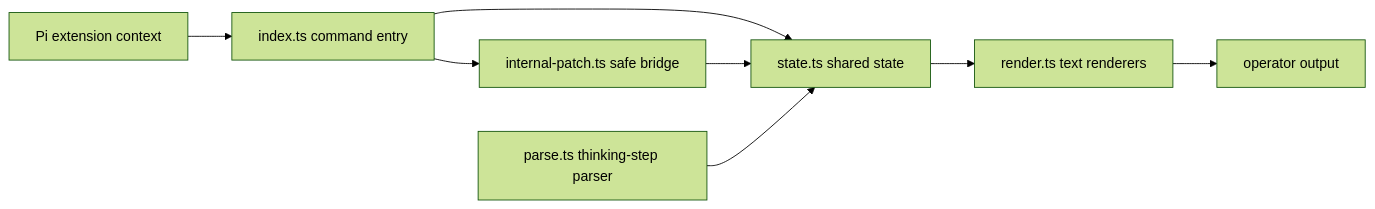
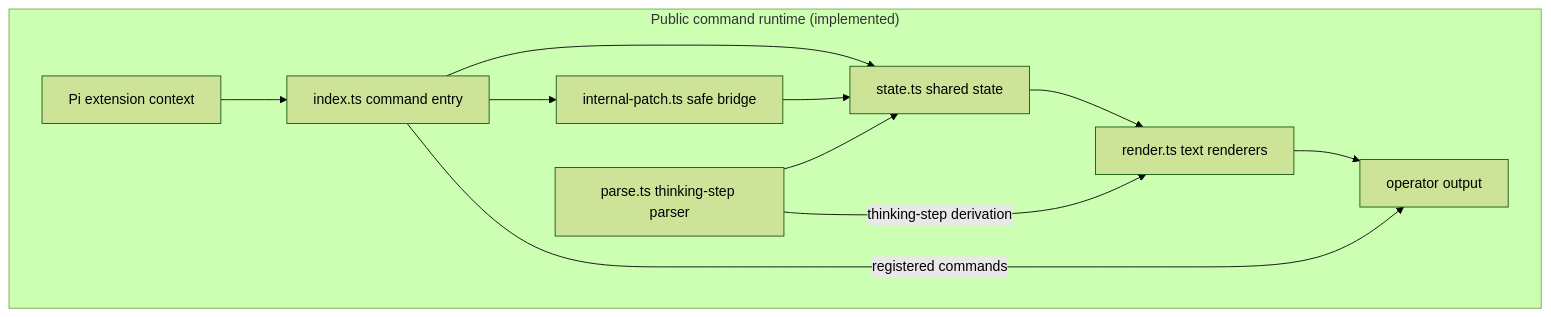
The first of 2 diagrams in README.md (fluxgear/pi-zerg-swarm), drawn with Mermaid (forest theme) before and after one commit. The commit also changed other lines of this file and 3 other files, not shown here.

````diff
--- a/README.md
+++ b/README.md
@@ -17,10 +27,15 @@
 ```mermaid
-flowchart LR
-  Pi[Pi extension context] --> Index[index.ts command entry]
-  Index --> State[state.ts shared state]
-  Index --> Patch[internal-patch.ts safe bridge]
-  Patch --> State
-  Parse[parse.ts thinking-step parser] --> State
-  State --> Render[render.ts text renderers]
-  Render --> User[operator output]
+flowchart TB
+  subgraph Runtime["Public command runtime (implemented)"]
+    PiContext["Pi extension context"] --> Index["index.ts command entry"]
+    Index --> State["state.ts shared state"]
+    Index --> Patch["internal-patch.ts safe bridge"]
+    Patch --> State
+    Parse["parse.ts thinking-step parser"] --> State
+    State --> Render["render.ts text renderers"]
+    Render --> Operator["operator output"]
+  end
+
+  Parse -->|"thinking-step derivation"| Render
+  Index -->|"registered commands"| Operator
 ```
````
